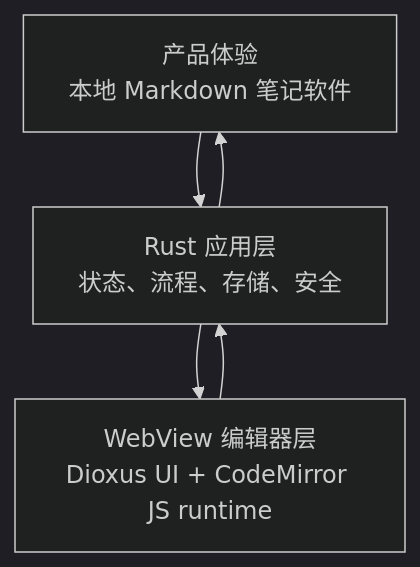
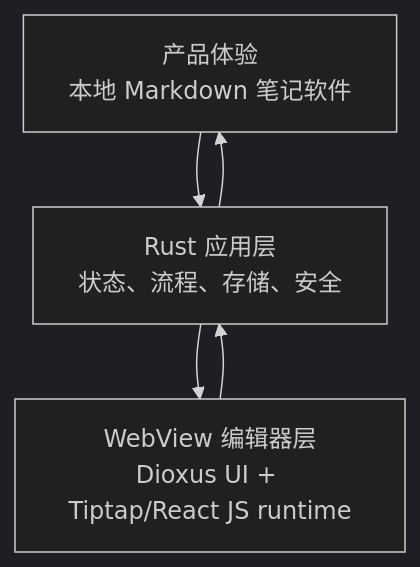
One commit to Youzi2233/papyro changed the first of 8 diagrams in docs/zh-CN/architecture.md. Above: the diagram before and after it, drawn with Mermaid (dark theme). The commit also changed other lines of this file and 25 other files, not shown here.

Commit message:
refactor: establish tiptap react island

````diff
--- a/docs/zh-CN/architecture.md
+++ b/docs/zh-CN/architecture.md
@@ -31,9 +32,9 @@
 ```mermaid
 flowchart TD
     product["产品体验<br/>本地 Markdown 笔记软件"]
     app["Rust 应用层<br/>状态、流程、存储、安全"]
-    browser["WebView 编辑器层<br/>Dioxus UI + CodeMirror JS runtime"]
+    browser["WebView 编辑器层<br/>Dioxus UI + Tiptap/React JS runtime"]
 
     product --> app --> browser
     browser --> app --> product
 ```
````
